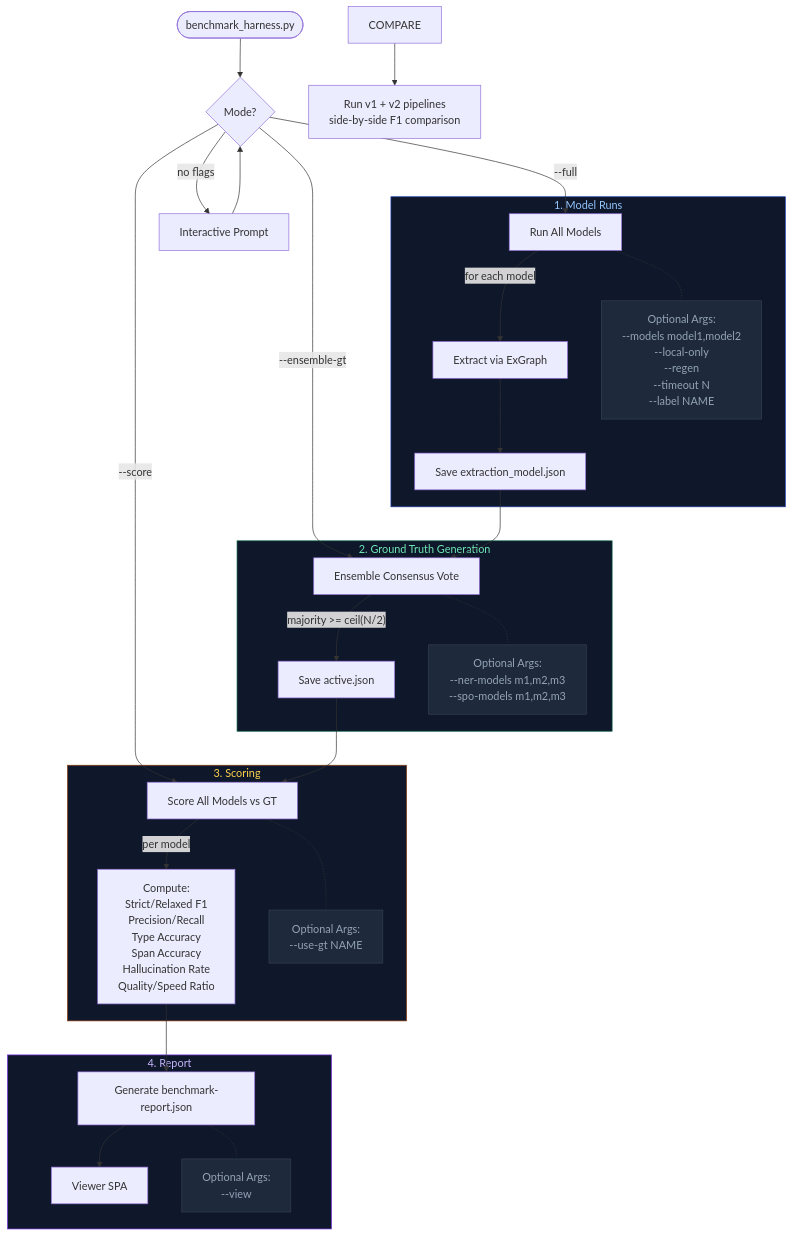
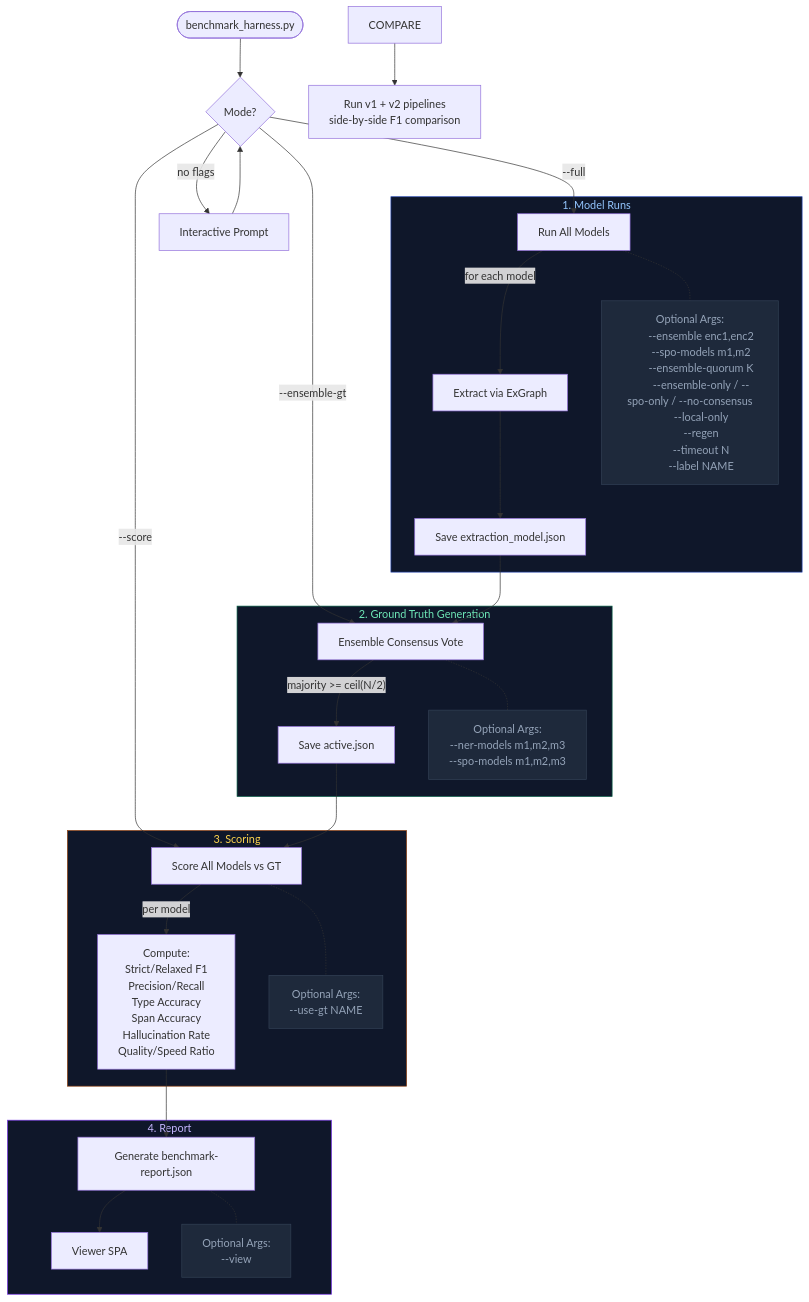
The diagram in BENCHMARK.md (TheBranchDriftCatalyst/catalyst-data), drawn with Mermaid before and after one commit. The commit also changed other lines of this file and 44 other files, not shown here.

First line of the commit message:
feat(extraction): v4 NER ensemble + consensus → SPO with provenance metadata

````diff
--- a/BENCHMARK.md
+++ b/BENCHMARK.md
@@ -35,70 +45,73 @@
 ```mermaid
 flowchart TD
     START([benchmark_harness.py]) --> MODE{Mode?}
 
     MODE -->|--full| RUN
     MODE -->|--ensemble-gt| ENSEMBLE
     MODE -->|--score| SCORE
     MODE -->|no flags| INTERACTIVE[Interactive Prompt]
     INTERACTIVE --> MODE
 
     subgraph RUN_PHASE ["1. Model Runs"]
         RUN[Run All Models]
         RUN -->|for each model| EXTRACT[Extract via ExGraph]
         EXTRACT --> SAVE_EXT[Save extraction_model.json]
 
         RUN -.- RUN_OPTS
         RUN_OPTS["Optional Args:
-        --models model1,model2
+        --ensemble enc1,enc2
+        --spo-models m1,m2
+        --ensemble-quorum K
+        --ensemble-only / --spo-only / --no-consensus
         --local-only
         --regen
         --timeout N
         --label NAME"]
     end
 
     subgraph GT_PHASE ["2. Ground Truth Generation"]
         SAVE_EXT --> ENSEMBLE[Ensemble Consensus Vote]
         ENSEMBLE --> |"majority >= ceil(N/2)"| ACTIVE[Save active.json]
 
         ENSEMBLE -.- GT_OPTS
         GT_OPTS["Optional Args:
         --ner-models m1,m2,m3
         --spo-models m1,m2,m3"]
     end
 
     subgraph SCORE_PHASE ["3. Scoring"]
         ACTIVE --> SCORE[Score All Models vs GT]
         SCORE --> |per model| METRICS["Compute:
         Strict/Relaxed F1
         Precision/Recall
         Type Accuracy
         Span Accuracy
         Hallucination Rate
         Quality/Speed Ratio"]
 
         SCORE -.- SCORE_OPTS
         SCORE_OPTS["Optional Args:
         --use-gt NAME"]
     end
 
     subgraph REPORT_PHASE ["4. Report"]
         METRICS --> REPORT[Generate benchmark-report.json]
         REPORT --> VIEWER[Viewer SPA]
 
         REPORT -.- REPORT_OPTS
         REPORT_OPTS["Optional Args:
         --view"]
     end
 
     COMPARE --> COMP_RUN["Run v1 + v2 pipelines
     side-by-side F1 comparison"]
 
     style RUN_OPTS fill:#1e293b,stroke:#334155,color:#94a3b8
     style GT_OPTS fill:#1e293b,stroke:#334155,color:#94a3b8
     style SCORE_OPTS fill:#1e293b,stroke:#334155,color:#94a3b8
     style REPORT_OPTS fill:#1e293b,stroke:#334155,color:#94a3b8
     style RUN_PHASE fill:#0f172a,stroke:#1e40af,color:#93c5fd
     style GT_PHASE fill:#0f172a,stroke:#065f46,color:#6ee7b7
     style SCORE_PHASE fill:#0f172a,stroke:#92400e,color:#fcd34d
     style REPORT_PHASE fill:#0f172a,stroke:#7c3aed,color:#c4b5fd
 ```
````
